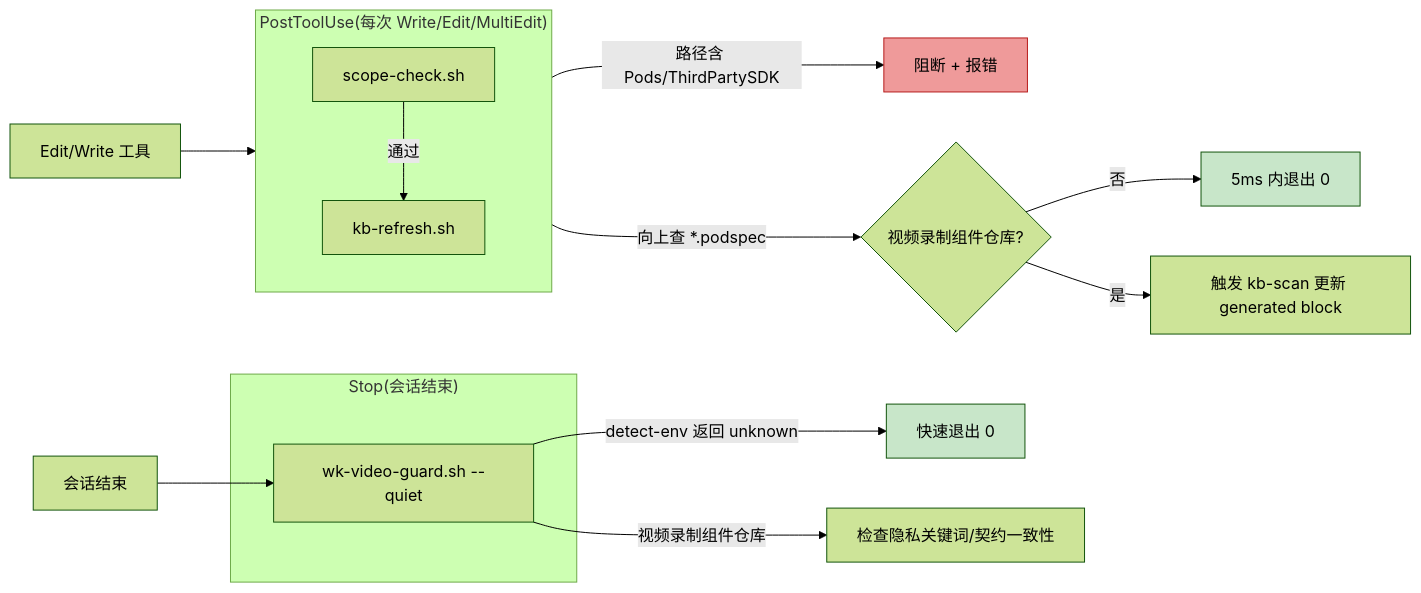
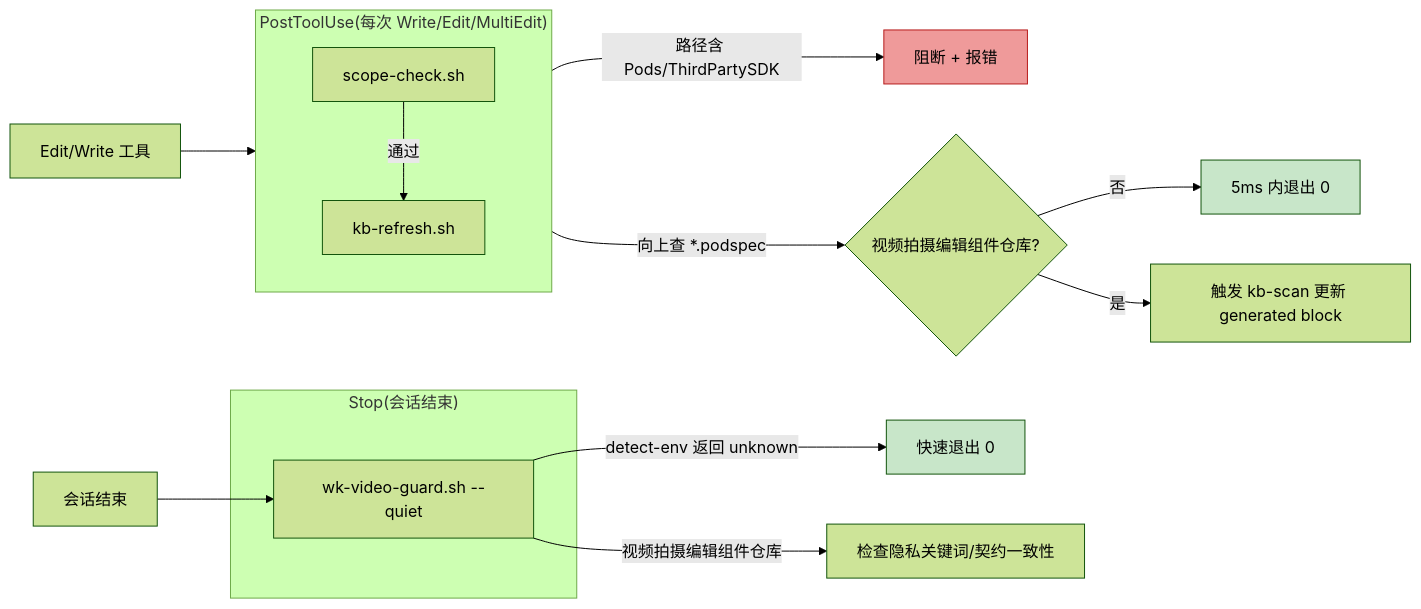
The sixth of 10 diagrams in wk-video-dev/docs/architecture.md (YuXilong-Labs/Agents), drawn with Mermaid (forest theme) before and after one commit. The commit also changed other lines of this file and 27 other files, not shown here.

````diff
--- a/wk-video-dev/docs/architecture.md
+++ b/wk-video-dev/docs/architecture.md
@@ -312,27 +312,27 @@
 ```mermaid
 graph LR
   subgraph PostToolUse["PostToolUse(每次 Write/Edit/MultiEdit)"]
     direction TB
     H1[scope-check.sh]
     H2[kb-refresh.sh]
   end
 
   subgraph Stop["Stop(会话结束)"]
     H3[wk-video-guard.sh --quiet]
   end
 
   E["Edit/Write 工具"] --> H1
   H1 -->|路径含 Pods/ThirdPartySDK| BLOCK[阻断 + 报错]
   H1 -->|通过| H2
-  H2 -->|向上查 *.podspec| FOUND{视频录制组件仓库?}
+  H2 -->|向上查 *.podspec| FOUND{视频拍摄编辑组件仓库?}
   FOUND -- 否 --> NOP1[5ms 内退出 0]
   FOUND -- 是 --> RUN[触发 kb-scan 更新 generated block]
 
   SESS[会话结束] --> H3
   H3 -->|detect-env 返回 unknown| NOP2[快速退出 0]
-  H3 -->|视频录制组件仓库| CHECK[检查隐私关键词/契约一致性]
+  H3 -->|视频拍摄编辑组件仓库| CHECK[检查隐私关键词/契约一致性]
 
   style BLOCK fill:#ef9a9a,stroke:#b71c1c
   style NOP1 fill:#c8e6c9
   style NOP2 fill:#c8e6c9
 ```
````
